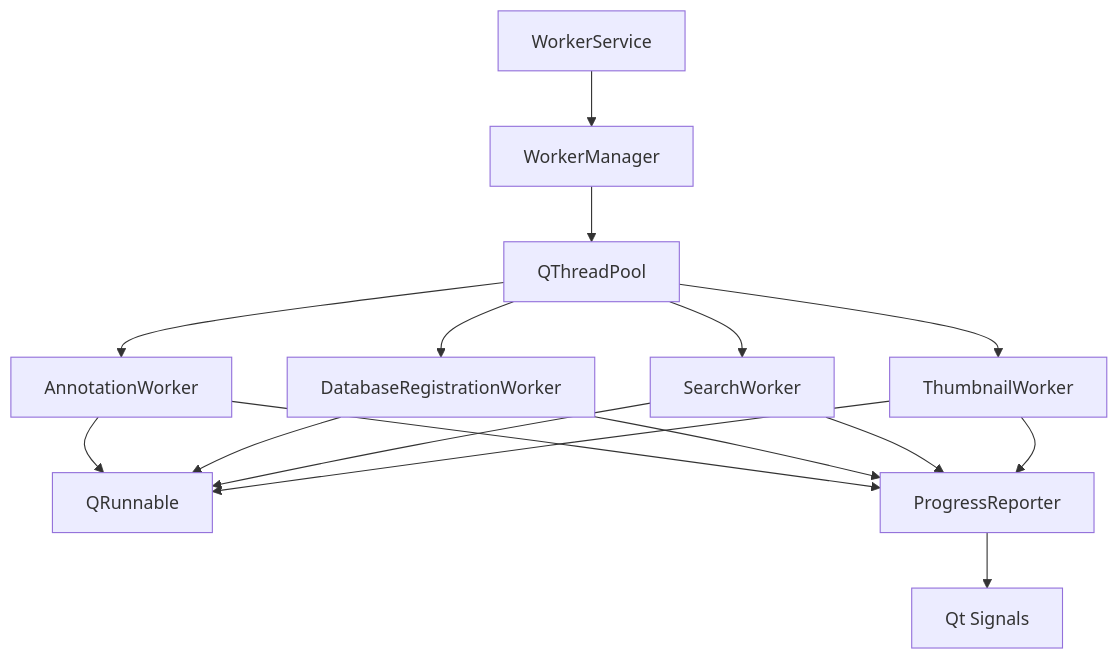
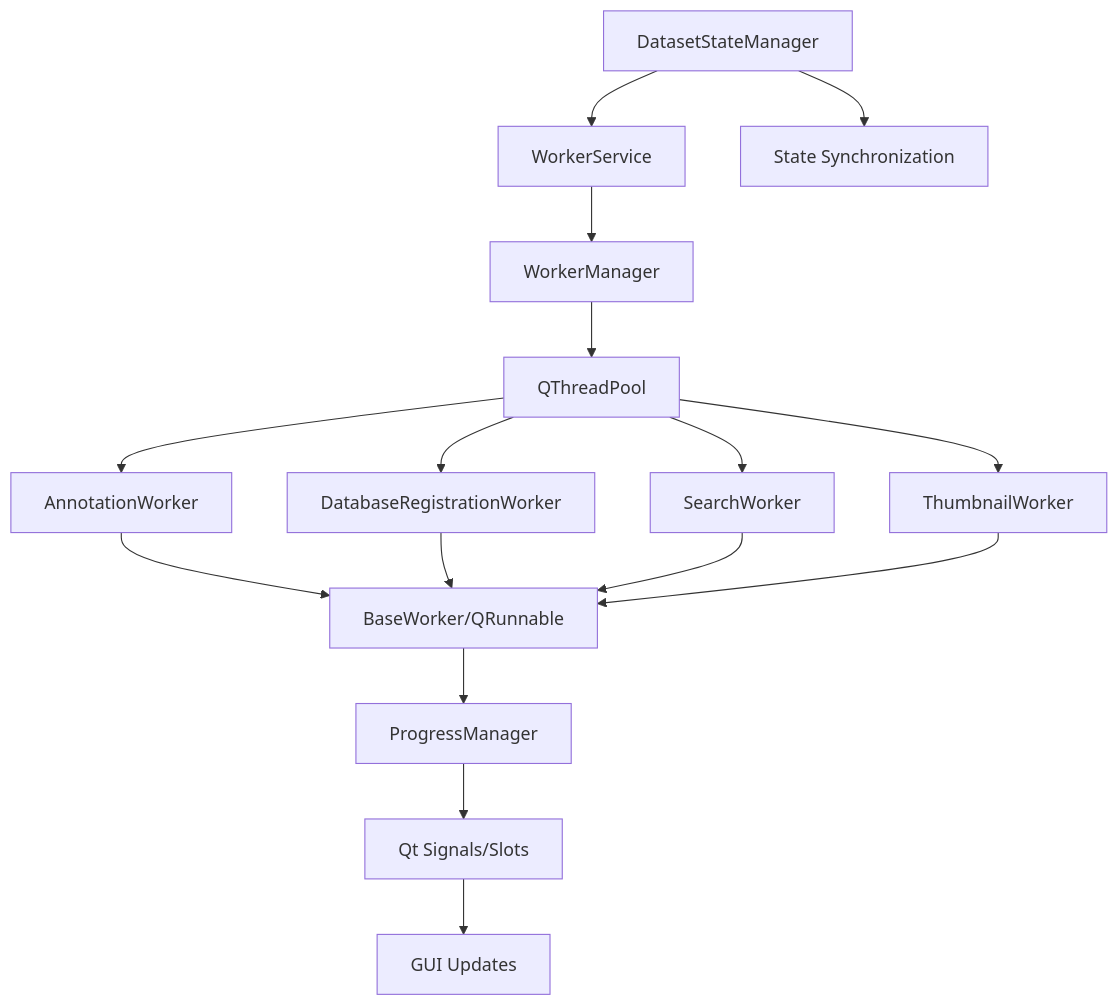
One commit to NEXTAltair/LoRAIro changed the fifth of 15 diagrams in docs/architecture.md. Above: the diagram before and after it, drawn with Mermaid. The commit also changed other lines of this file and 18 other files, not shown here.

````diff
--- a/docs/architecture.md
+++ b/docs/architecture.md
@@ -225,18 +251,18 @@
 ```mermaid
 graph TD
     A[WorkerService] --> B[WorkerManager]
     B --> C[QThreadPool]
     C --> D[AnnotationWorker]
     C --> E[DatabaseRegistrationWorker]
     C --> F[SearchWorker]
     C --> G[ThumbnailWorker]
-    D --> H[QRunnable]
+    D --> H[BaseWorker/QRunnable]
     E --> H
     F --> H
     G --> H
-    I[ProgressReporter] --> J[Qt Signals]
-    D --> I
-    E --> I
-    F --> I
-    G --> I
+    H --> I[ProgressManager]
+    I --> J[Qt Signals/Slots]
+    J --> K[GUI Updates]
+    L[DatasetStateManager] --> A
+    L --> M[State Synchronization]
 ```
````
